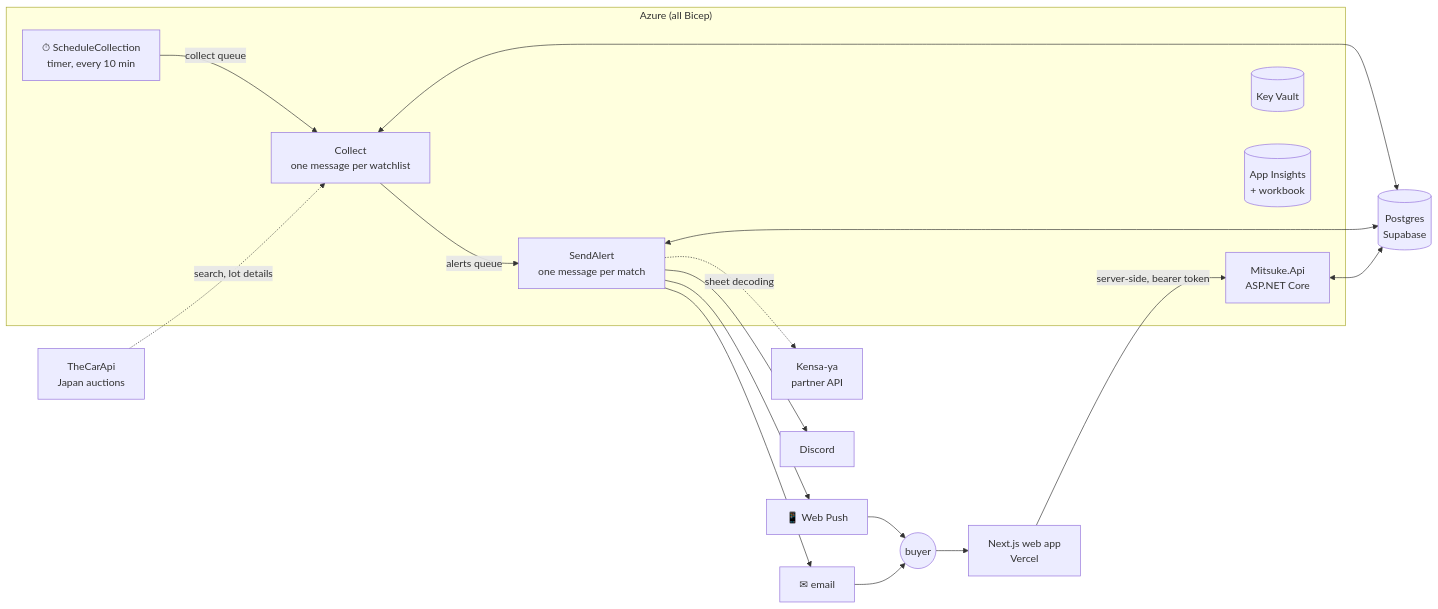
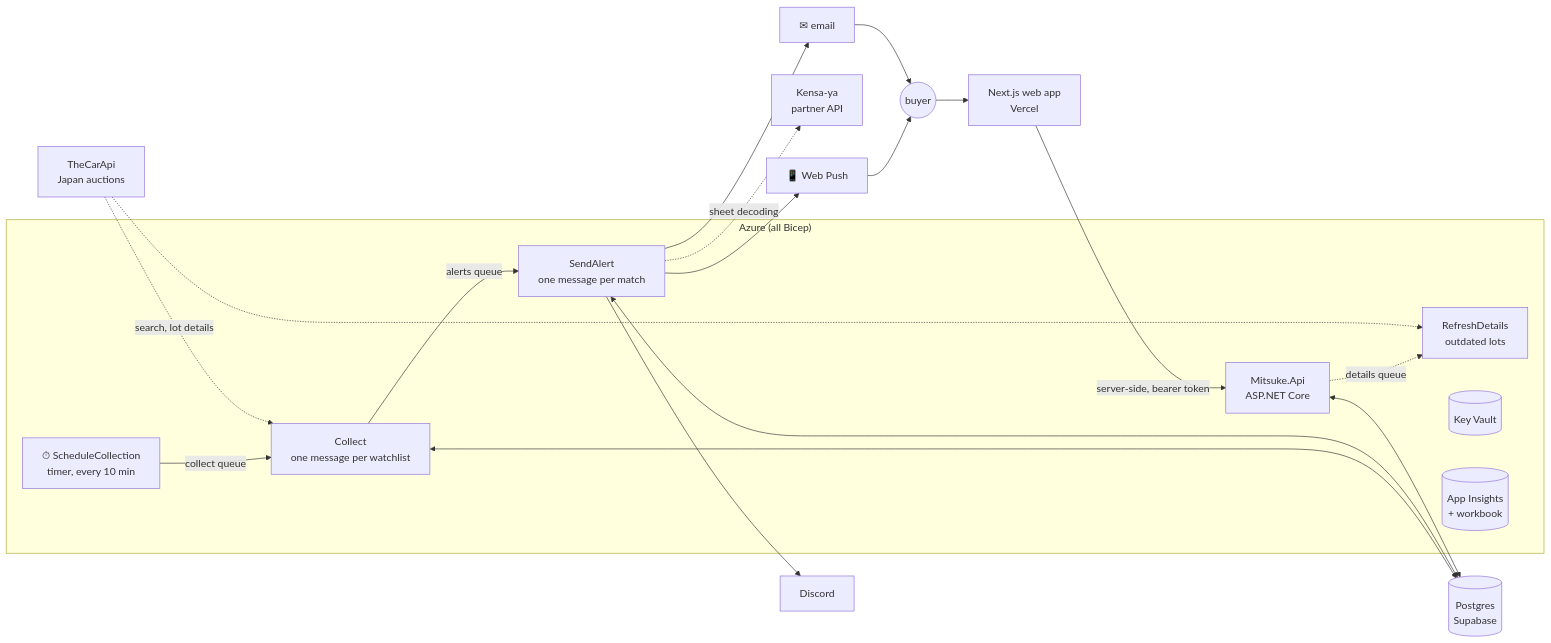
Before and after one commit to QuasiInteractive/mitsuke: the diagram in README.md, drawn with Mermaid. The commit also changed other lines of this file, not shown here.

First line of the commit message:
README: import eligibility, generation detection, background details refresh

````diff
--- a/README.md
+++ b/README.md
@@ -13,20 +13,22 @@
 ```mermaid
 flowchart LR
   subgraph Azure["Azure (all Bicep)"]
     T["⏱ ScheduleCollection<br/>timer, every 10 min"] -->|collect queue| C["Collect<br/>one message per watchlist"]
     C -->|alerts queue| S["SendAlert<br/>one message per match"]
     API["Mitsuke.Api<br/>ASP.NET Core"]
+    API -.->|details queue| R["RefreshDetails<br/>outdated lots"]
     KV[("Key Vault")]
     AI[("App Insights<br/>+ workbook")]
   end
   TCA["TheCarApi<br/>Japan auctions"] -.->|search, lot details| C
+  TCA -.-> R
   C <--> DB[("Postgres<br/>Supabase")]
   S <--> DB
   S -.->|sheet decoding| KY["Kensa-ya<br/>partner API"]
   S --> E["✉ email"] & P["📱 Web Push"] & D["Discord"]
   W["Next.js web app<br/>Vercel"] -->|server-side, bearer token| API
   API <--> DB
   U(("buyer")) --> W
   P --> U
   E --> U
 ```
````
